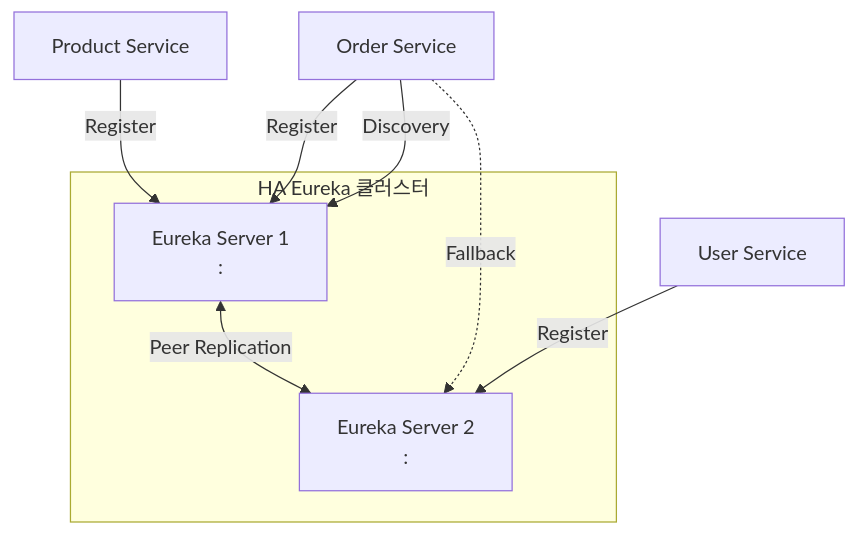
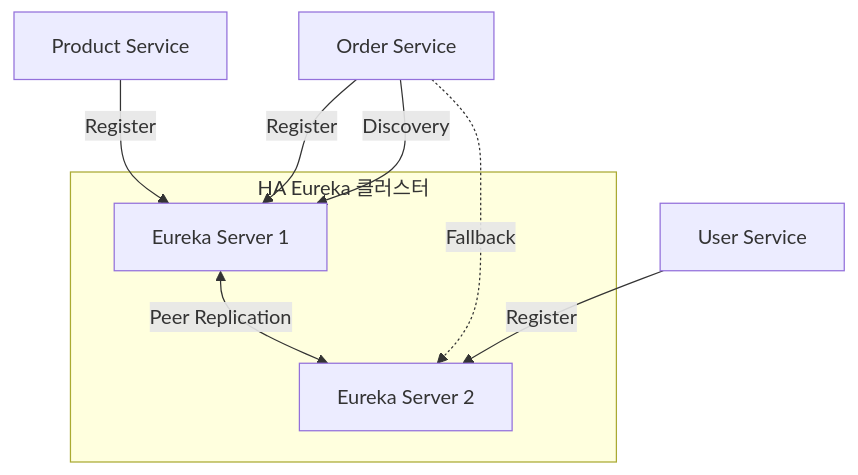
The fourth of 4 diagrams in _posts/spring/2026-05-01-spring-eureka.md (yjkim2015/yjkim2015.github.io), drawn with Mermaid before and after one commit. The commit also changed 217 other files, not shown here.

First line of the commit message:
Mermaid 크기 수정: useMaxWidth:true + SVG max-width:100% + 라벨 축소

````diff
--- a/_posts/spring/2026-05-01-spring-eureka.md
+++ b/_posts/spring/2026-05-01-spring-eureka.md
@@ -217,13 +217,13 @@
 ```mermaid
 graph TD
     subgraph "HA Eureka 클러스터"
-        ES1["Eureka Server 1\n:"]
-        ES2["Eureka Server 2\n:"]
+        ES1["Eureka Server 1"]
+        ES2["Eureka Server 2"]
         ES1 <-->|"Peer Replication"| ES2
     end
     MS1["Order Service"] -->|"Register"| ES1
     MS2["User Service"] -->|"Register"| ES2
     MS3["Product Service"] -->|"Register"| ES1
     MS1 -->|"Discovery"| ES1
     MS1 -.->|"Fallback"| ES2
 ```
````
